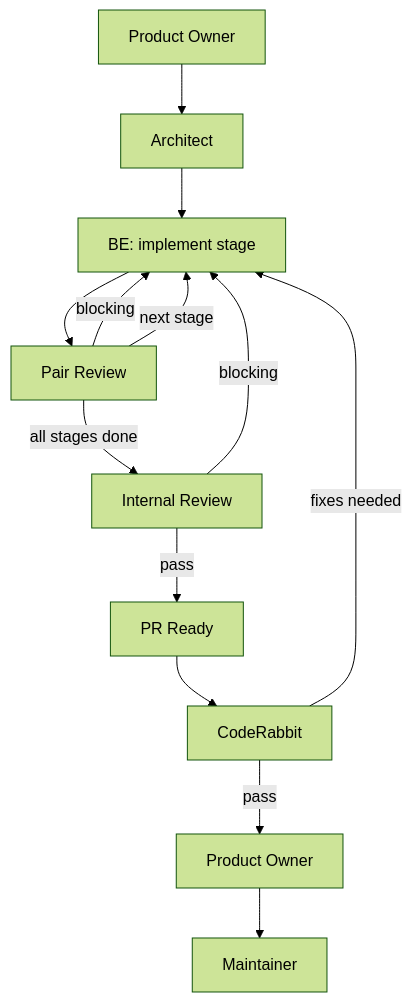
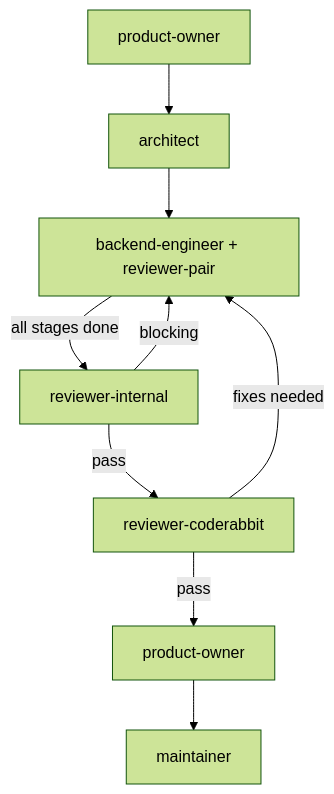
One commit to thiscantbeserious/ragts-learning-platform changed the diagram in agents/skills/workflow/variants/backend.md. Above: the diagram before and after it, drawn with Mermaid (forest theme). The commit also changed 17 other files, not shown here.

First line of the commit message:
chore(agents): add Operating Boundaries, rename research to researcher, simplify mermaid charts (#25)

````diff
--- a/agents/skills/workflow/variants/backend.md
+++ b/agents/skills/workflow/variants/backend.md
@@ -5,15 +5,11 @@
 ```mermaid
 graph TD
-    PO1[Product Owner] --> Arch[Architect]
-    Arch --> BE[BE: implement stage]
-    BE --> PR[Pair Review]
-    PR -->|blocking| BE
-    PR -->|next stage| BE
-    PR -->|all stages done| IR[Internal Review]
+    PO1[product-owner] --> Arch[architect]
+    Arch --> BE[backend-engineer + reviewer-pair]
+    BE -->|all stages done| IR[reviewer-internal]
+    IR -->|pass| CR[reviewer-coderabbit]
     IR -->|blocking| BE
-    IR -->|pass| Ready[PR Ready]
-    Ready --> CR[CodeRabbit]
+    CR -->|pass| PO2[product-owner]
     CR -->|fixes needed| BE
-    CR -->|pass| PO2[Product Owner]
-    PO2 --> M[Maintainer]
+    PO2 --> M[maintainer]
 ```
````
